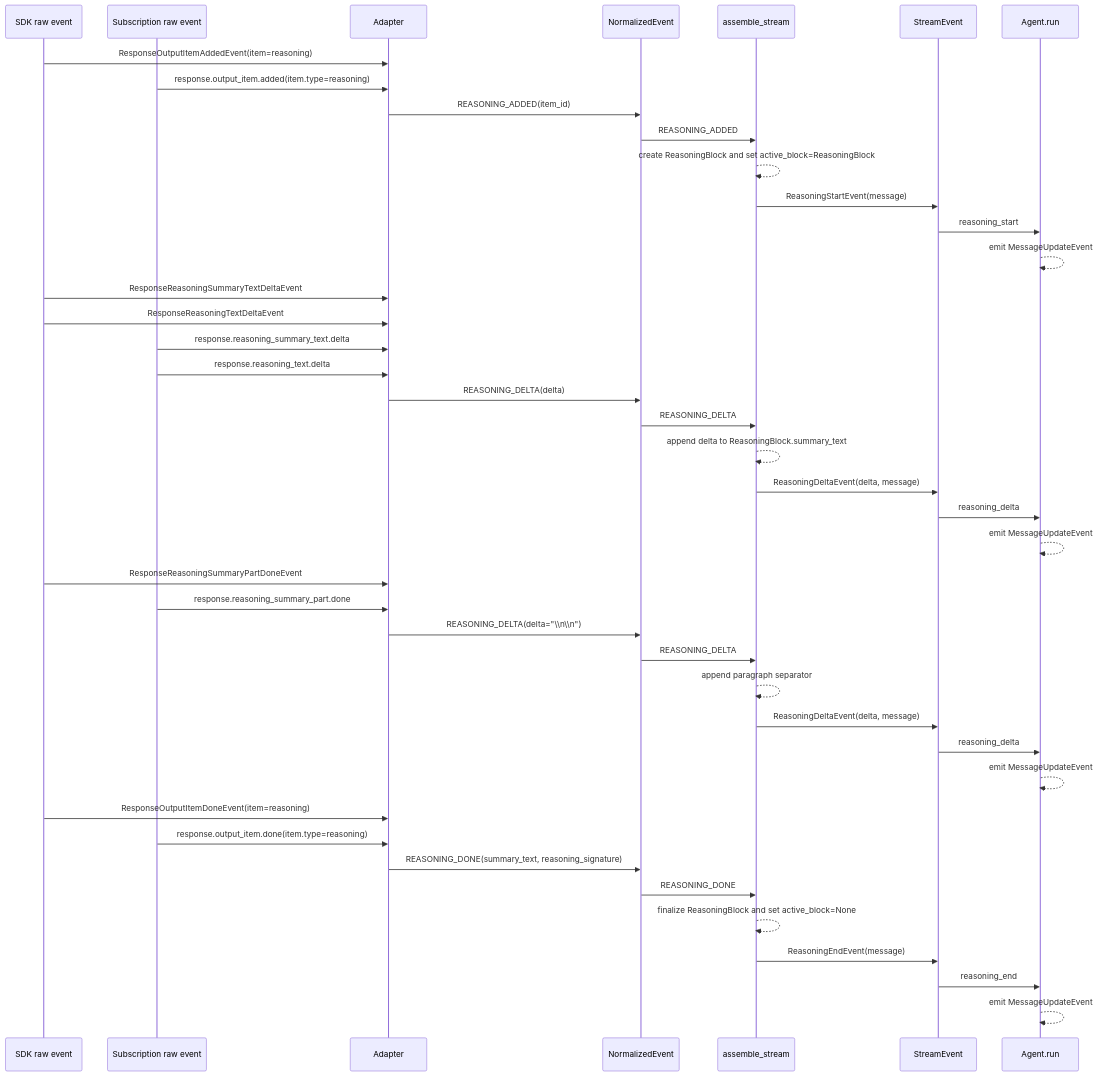
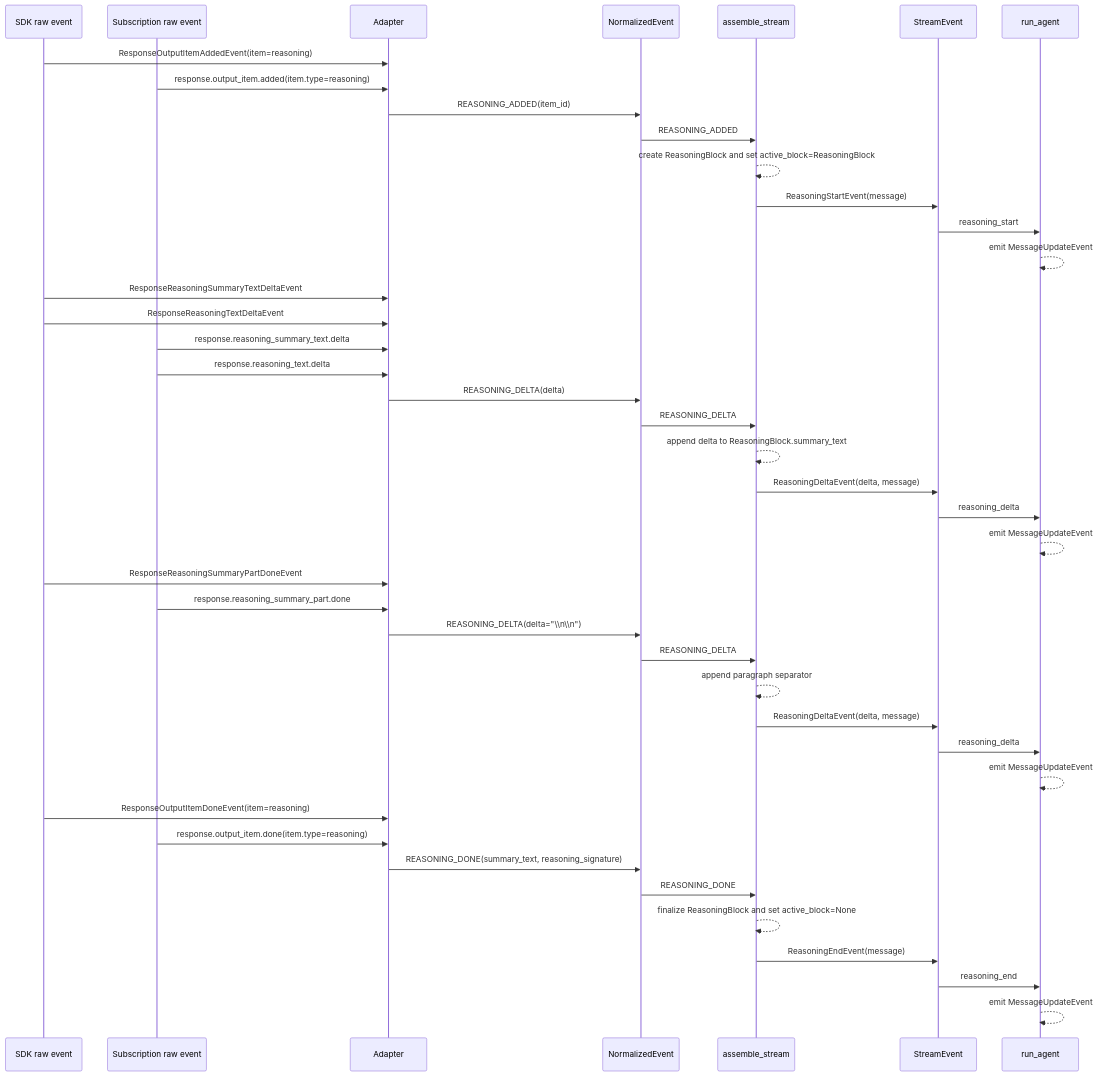
The third of 8 diagrams in docs/openai-stream-event-lifecycle.md (muneebshahid/tile), drawn with Mermaid before and after one commit. The commit also changed other lines of this file and 5 other files, not shown here.

````diff
--- a/docs/openai-stream-event-lifecycle.md
+++ b/docs/openai-stream-event-lifecycle.md
@@ -66,48 +66,48 @@
 ```mermaid
 sequenceDiagram
     participant SDK as SDK raw event
     participant Sub as Subscription raw event
     participant Adapter as Adapter
     participant Norm as NormalizedEvent
     participant Asm as assemble_stream
     participant Stream as StreamEvent
-    participant Agent as Agent.run
+    participant Agent as run_agent
 
     SDK->>Adapter: ResponseOutputItemAddedEvent(item=reasoning)
     Sub->>Adapter: response.output_item.added(item.type=reasoning)
     Adapter->>Norm: REASONING_ADDED(item_id)
     Norm->>Asm: REASONING_ADDED
     Asm-->>Asm: create ReasoningBlock and set active_block=ReasoningBlock
     Asm->>Stream: ReasoningStartEvent(message)
     Stream->>Agent: reasoning_start
     Agent-->>Agent: emit MessageUpdateEvent
 
     SDK->>Adapter: ResponseReasoningSummaryTextDeltaEvent
     SDK->>Adapter: ResponseReasoningTextDeltaEvent
     Sub->>Adapter: response.reasoning_summary_text.delta
     Sub->>Adapter: response.reasoning_text.delta
     Adapter->>Norm: REASONING_DELTA(delta)
     Norm->>Asm: REASONING_DELTA
     Asm-->>Asm: append delta to ReasoningBlock.summary_text
     Asm->>Stream: ReasoningDeltaEvent(delta, message)
     Stream->>Agent: reasoning_delta
     Agent-->>Agent: emit MessageUpdateEvent
 
     SDK->>Adapter: ResponseReasoningSummaryPartDoneEvent
     Sub->>Adapter: response.reasoning_summary_part.done
     Adapter->>Norm: REASONING_DELTA(delta="\\n\\n")
     Norm->>Asm: REASONING_DELTA
     Asm-->>Asm: append paragraph separator
     Asm->>Stream: ReasoningDeltaEvent(delta, message)
     Stream->>Agent: reasoning_delta
     Agent-->>Agent: emit MessageUpdateEvent
 
     SDK->>Adapter: ResponseOutputItemDoneEvent(item=reasoning)
     Sub->>Adapter: response.output_item.done(item.type=reasoning)
     Adapter->>Norm: REASONING_DONE(summary_text, reasoning_signature)
     Norm->>Asm: REASONING_DONE
     Asm-->>Asm: finalize ReasoningBlock and set active_block=None
     Asm->>Stream: ReasoningEndEvent(message)
     Stream->>Agent: reasoning_end
     Agent-->>Agent: emit MessageUpdateEvent
 ```
````
